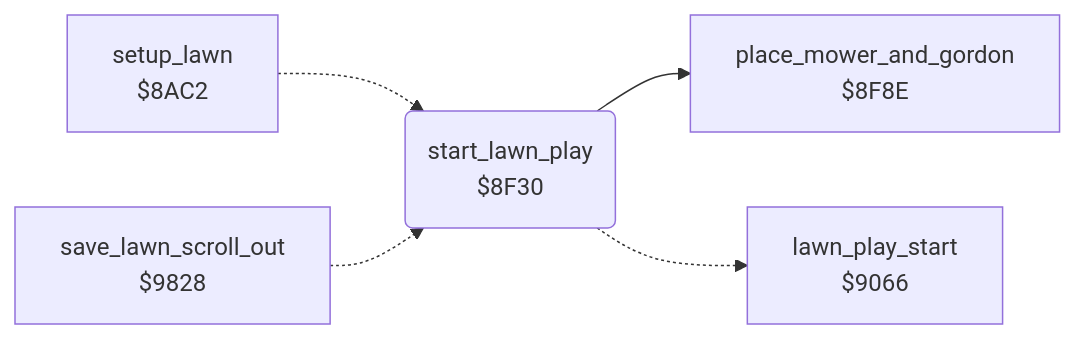
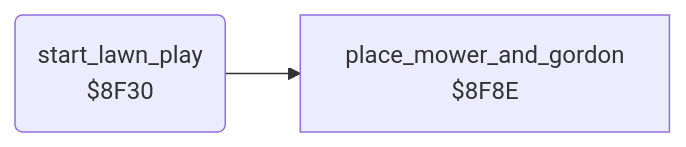
Before and after one commit to henols/c64_games: the diagram in hover_bovver/docs/reference/modules/game/start_lawn_play.md, drawn with Mermaid. The commit also changed other lines of this file and 1100 other files, not shown here.

````diff
--- a/hover_bovver/docs/reference/modules/game/start_lawn_play.md
+++ b/hover_bovver/docs/reference/modules/game/start_lawn_play.md
@@ -10,12 +16,6 @@
 ```mermaid
 flowchart LR
-  n8ac2["setup_lawn<br/>$8AC2"]
   n8f30("start_lawn_play<br/>$8F30")
   n8f8e["place_mower_and_gordon<br/>$8F8E"]
-  n9066["lawn_play_start<br/>$9066"]
-  n9828["save_lawn_scroll_out<br/>$9828"]
-  n8ac2 -.-> n8f30
   n8f30 --> n8f8e
-  n8f30 -.-> n9066
-  n9828 -.-> n8f30
 ```
````
